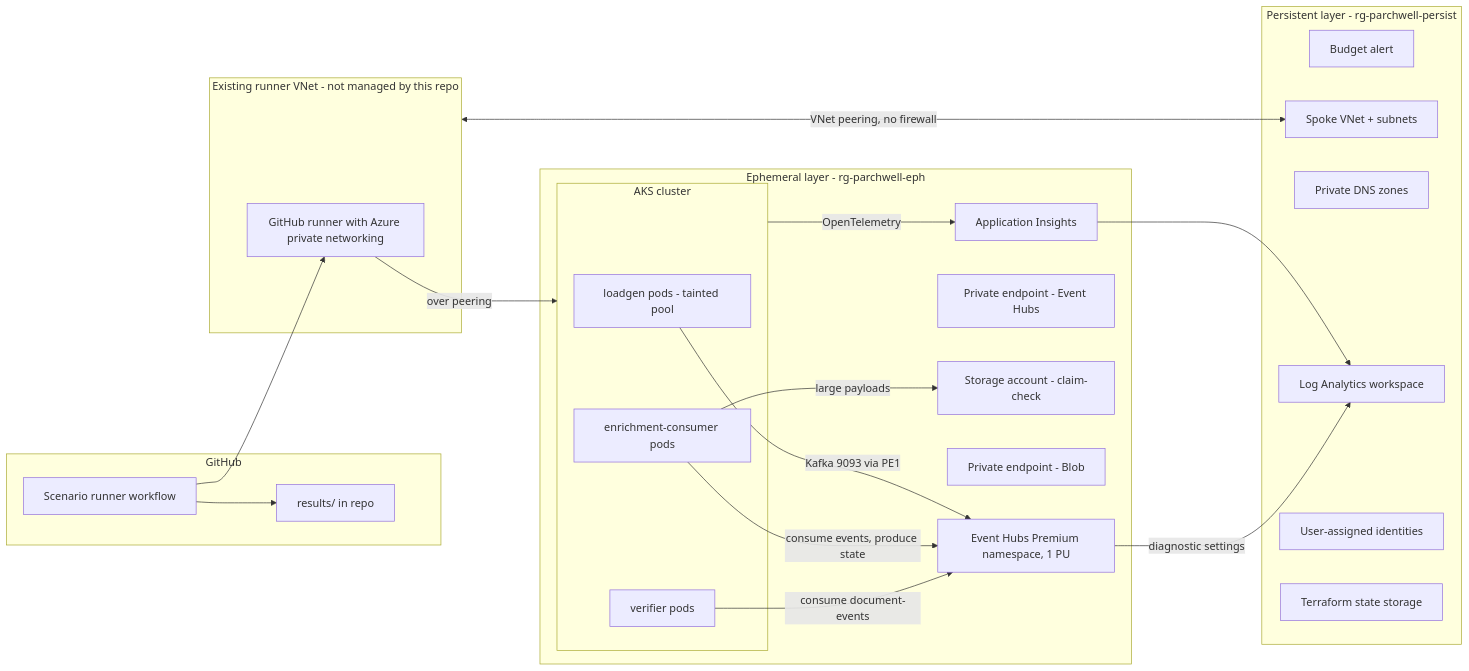
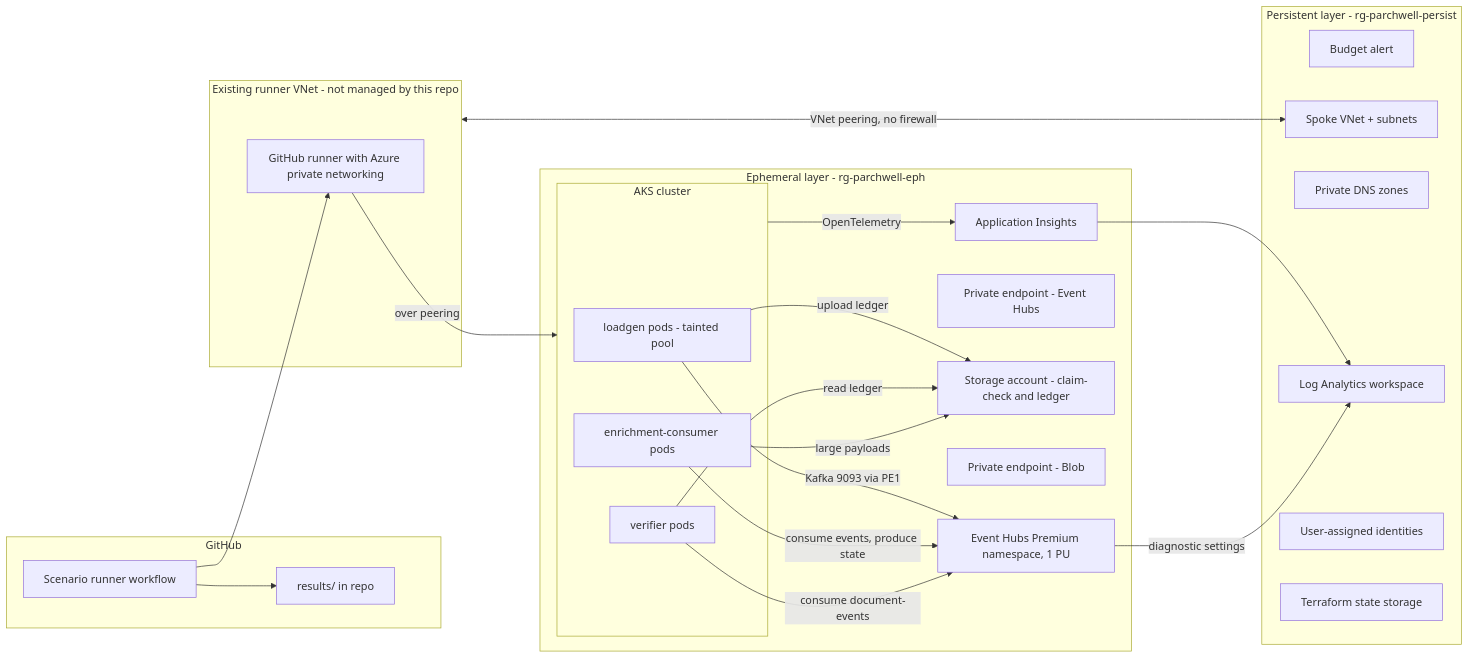
One commit to collaborationwithothers/eventhubs-kafka-dotnet changed the diagram in docs/blueprint.md. Above: the diagram before and after it, drawn with Mermaid. The commit also changed other lines of this file, not shown here.

````diff
--- a/docs/blueprint.md
+++ b/docs/blueprint.md
@@ -60,41 +60,43 @@
 ```mermaid
 flowchart LR
   subgraph GH[GitHub]
     WF[Scenario runner workflow]
     RES[results/ in repo]
   end
   subgraph RVN[Existing runner VNet - not managed by this repo]
     RUN[GitHub runner with Azure private networking]
   end
   subgraph PERSIST[Persistent layer - rg-parchwell-persist]
     BUD[Budget alert]
     VNET[Spoke VNet + subnets]
     DNS[Private DNS zones]
     LAW[Log Analytics workspace]
     UAMI[User-assigned identities]
     TFS[Terraform state storage]
   end
   subgraph EPH[Ephemeral layer - rg-parchwell-eph]
     subgraph AKS[AKS cluster]
       LG[loadgen pods - tainted pool]
       EC[enrichment-consumer pods]
       VER[verifier pods]
     end
     EHN[Event Hubs Premium namespace, 1 PU]
     PE1[Private endpoint - Event Hubs]
-    BLOB[Storage account - claim-check]
+    BLOB[Storage account - claim-check and ledger]
     PE2[Private endpoint - Blob]
     AI[Application Insights]
   end
   WF --> RUN
   RVN <-->|VNet peering, no firewall| VNET
   RUN -->|over peering| AKS
   LG -->|Kafka 9093 via PE1| EHN
   EC -->|consume events, produce state| EHN
   VER -->|consume document-events| EHN
+  LG -->|upload ledger| BLOB
+  VER -->|read ledger| BLOB
   EC -->|large payloads| BLOB
   AKS -->|OpenTelemetry| AI
   AI --> LAW
   EHN -->|diagnostic settings| LAW
   WF --> RES
 ```
````
